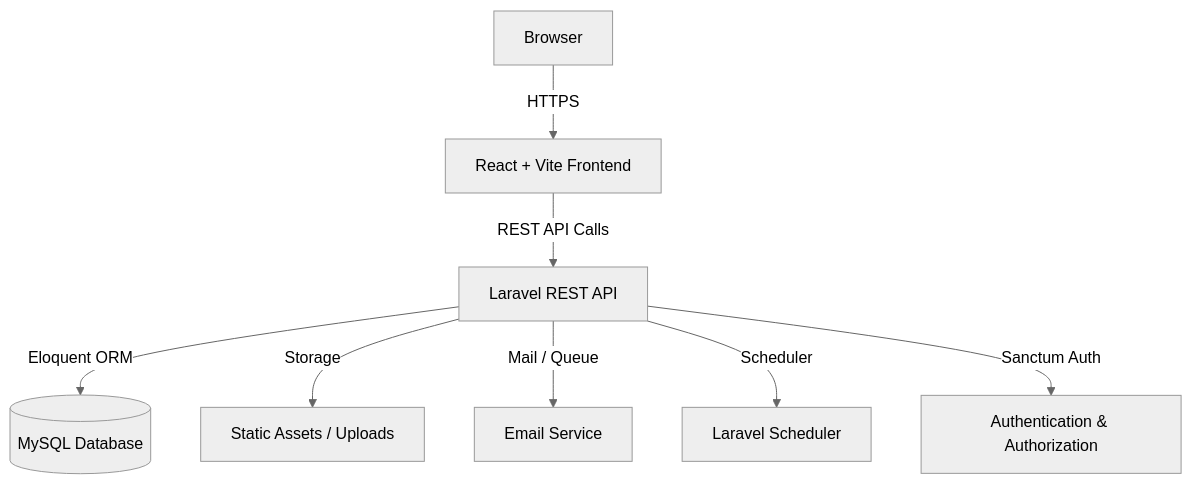
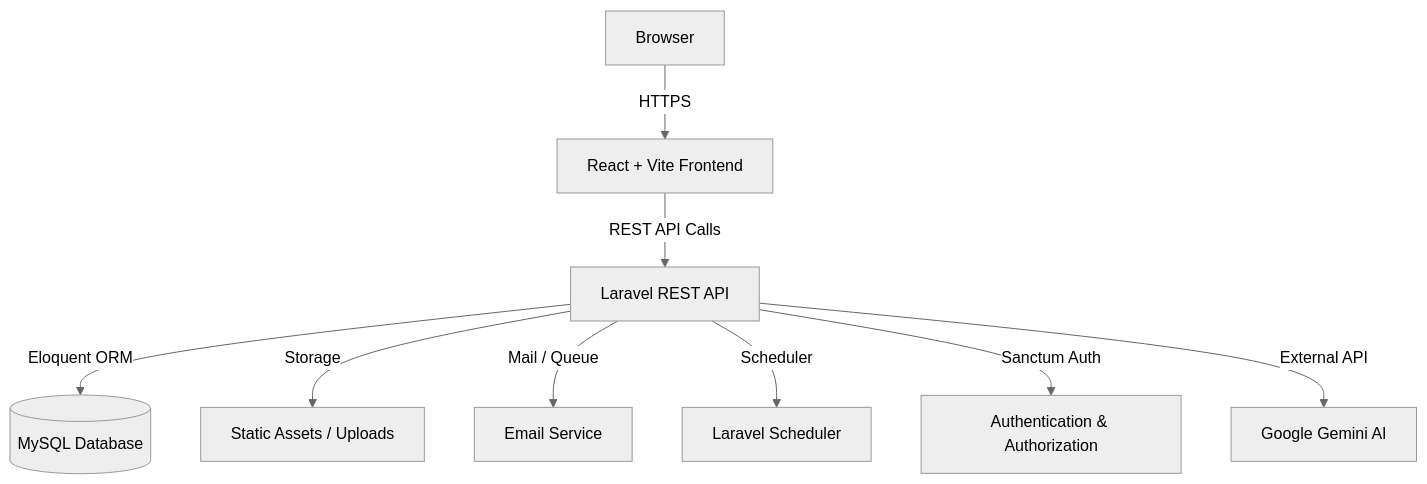
One commit to LuthfanL/CSGMS---Combat-Strength-Gym-Management-System changed the first of 2 diagrams in PRD.md. Above: the diagram before and after it, drawn with Mermaid (neutral theme). The commit also changed other lines of this file, not shown here.

````diff
--- a/PRD.md
+++ b/PRD.md
@@ -112,10 +113,11 @@
 ```mermaid
 flowchart TD
     A[Browser] -->|HTTPS| B[React + Vite Frontend]
     B -->|REST API Calls| C[Laravel REST API]
     C -->|Eloquent ORM| D[(MySQL Database)]
     C -->|Storage| E[Static Assets / Uploads]
     C -->|Mail / Queue| F[Email Service]
     C -->|Scheduler| G[Laravel Scheduler]
     C -->|Sanctum Auth| H[Authentication & Authorization]
+    C -->|External API| I[Google Gemini AI]
 ```
````
